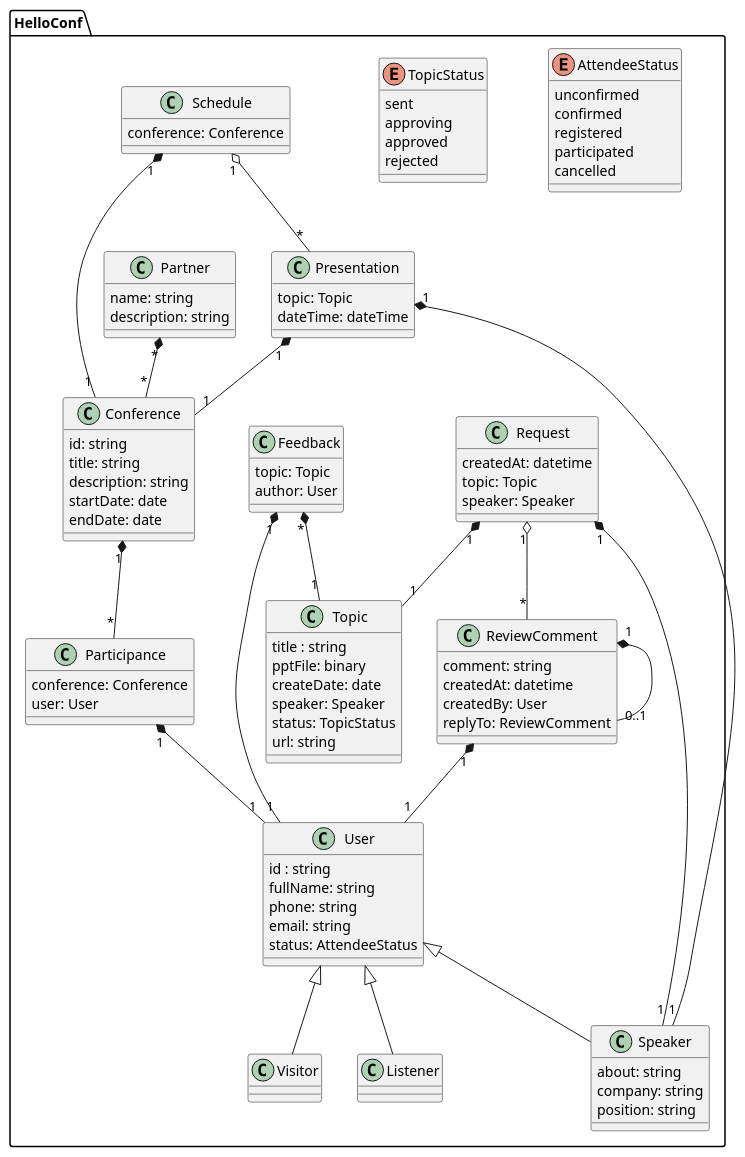
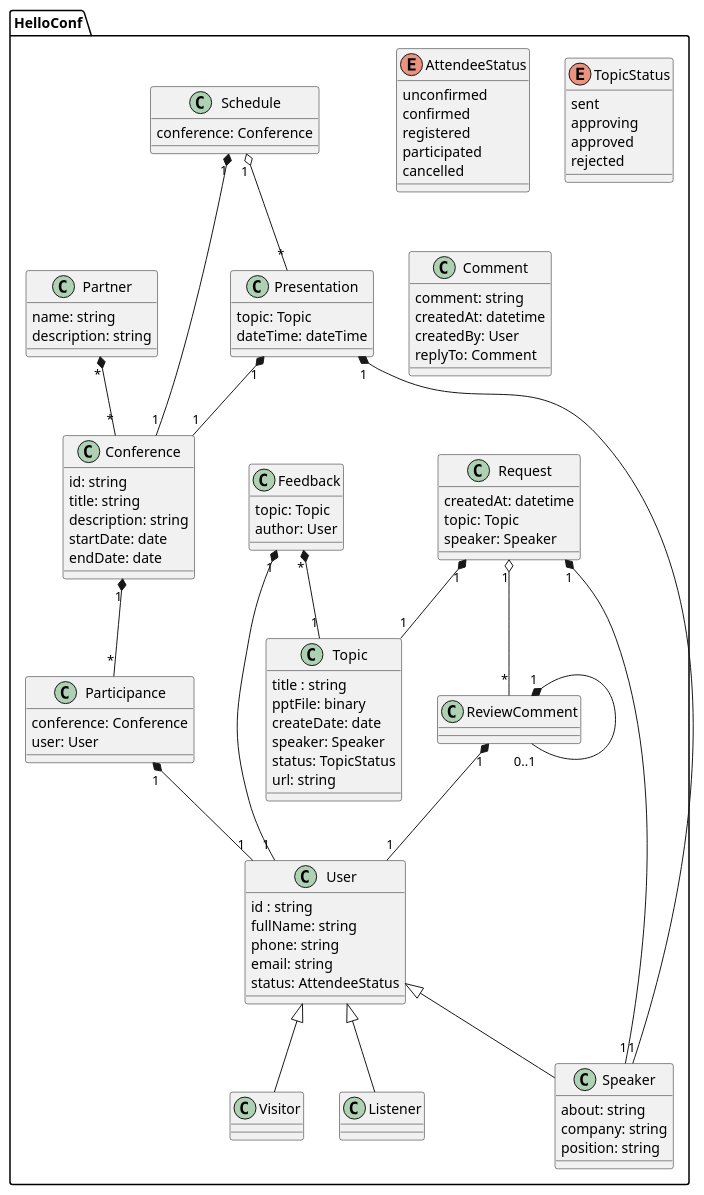
Before and after one commit to maximkuleshov/mts-arch-basic: the diagram in docs/data/data.md, drawn with PlantUML. The commit also changed 28 other files, not shown here.

Commit message:
Added: microservice sample, ADRs, component diagram

```diff
--- a/docs/data/data.md
+++ b/docs/data/data.md
@@ -55,11 +55,11 @@
     url: string
  }
 
- class ReviewComment {
+ class Comment {
     comment: string
     createdAt: datetime
     createdBy: User
-    replyTo: ReviewComment
+    replyTo: Comment
  }
 
  class Request {
```
